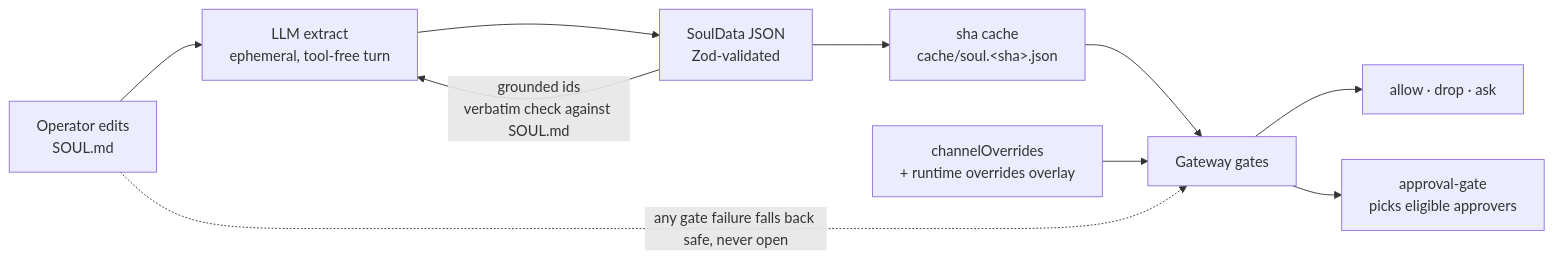
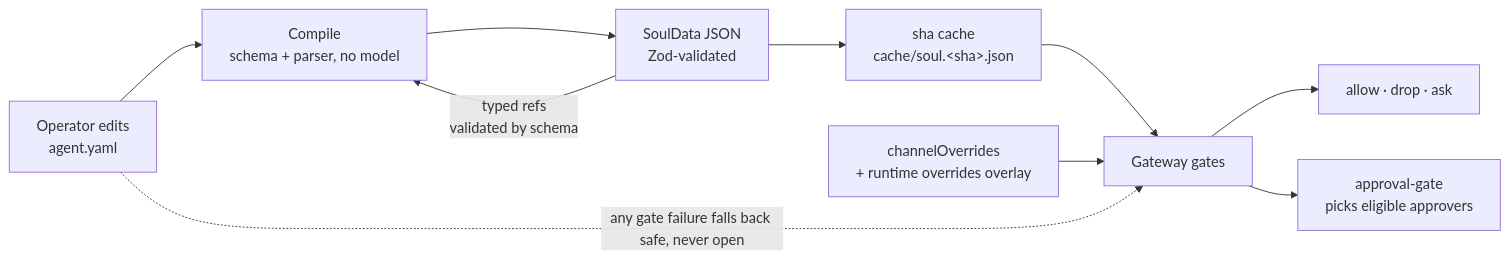
The third of 8 diagrams in docs/site/_content/start/architecture.md (barockok/slaude), drawn with Mermaid before and after one commit. The commit also changed other lines of this file and 74 other files, not shown here.

First line of the commit message:
feat: agent.yaml only, no soul extraction (rc.17) (#198)

````diff
--- a/docs/site/_content/start/architecture.md
+++ b/docs/site/_content/start/architecture.md
@@ -168,17 +166,17 @@
 ```mermaid
 flowchart LR
-  Op["Operator edits<br/>SOUL.md"]
-  Extract["LLM extract<br/>ephemeral, tool-free turn"]
+  Op["Operator edits<br/>agent.yaml"]
+  Extract["Compile<br/>schema + parser, no model"]
   Data["SoulData JSON<br/>Zod-validated"]
   Cache["sha cache<br/>cache/soul.&lt;sha&gt;.json"]
   Gates["Gateway gates"]
   Out["allow · drop · ask"]
   Appr["approval-gate<br/>picks eligible approvers"]
   Over["channelOverrides<br/>+ runtime overrides overlay"]
 
   Op --> Extract --> Data --> Cache --> Gates --> Out
-  Data -->|grounded ids<br/>verbatim check against SOUL.md| Extract
+  Data -->|typed refs<br/>validated by schema| Extract
   Over --> Gates
   Gates --> Appr
   Op -.->|any gate failure falls back safe, never open| Gates
 ```
````
